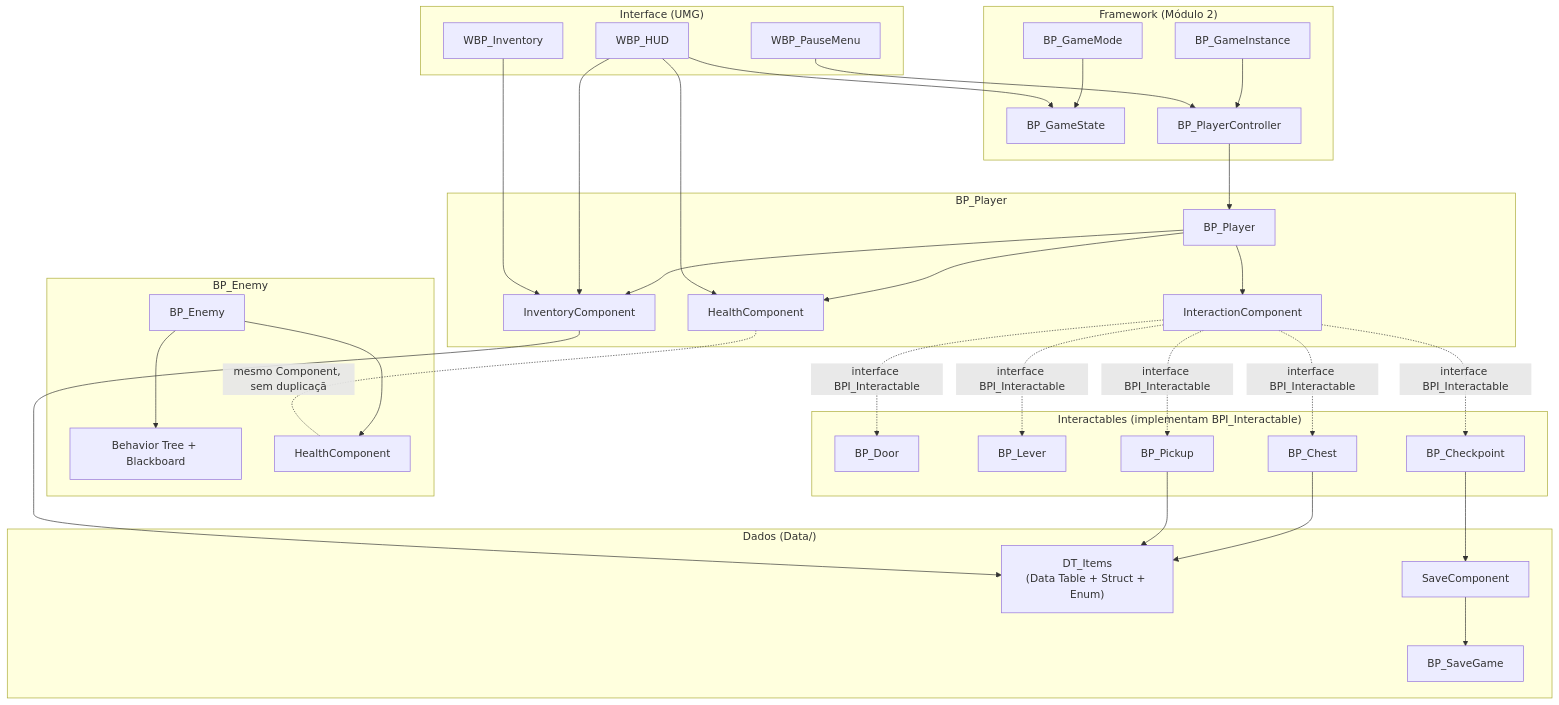
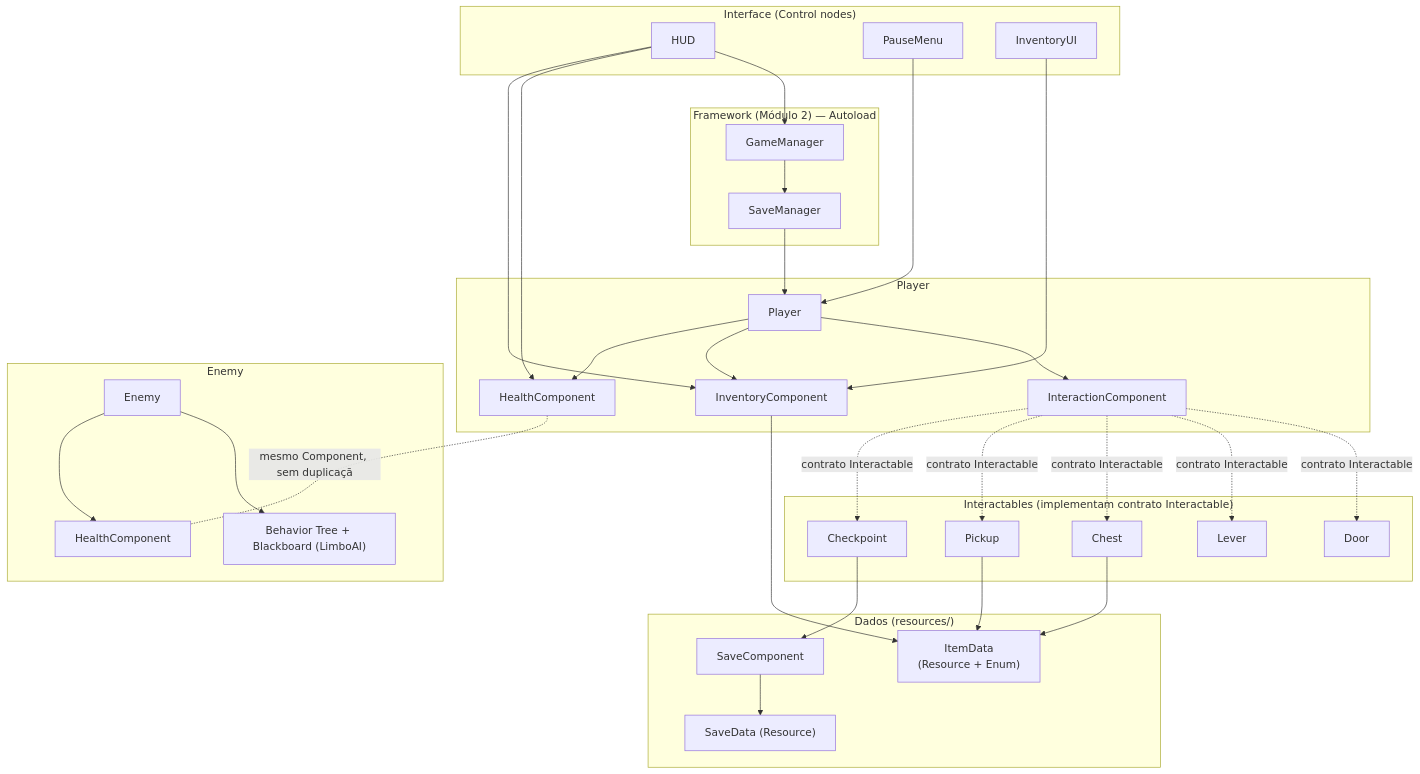
One commit to rsdevigo/tendencias-motores changed the second of 2 diagrams in PROJECT_ARCHITECTURE.md. Above: the diagram before and after it, drawn with Mermaid. The commit also changed other lines of this file and 144 other files, not shown here.

````diff
--- a/PROJECT_ARCHITECTURE.md
+++ b/PROJECT_ARCHITECTURE.md
@@ -362,72 +355,69 @@
 ```mermaid
 flowchart TD
-    subgraph FW["Framework (Módulo 2)"]
-        GM["BP_GameMode"]
-        GS["BP_GameState"]
-        PC["BP_PlayerController"]
-        GI["BP_GameInstance"]
+    subgraph FW["Framework (Módulo 2) — Autoload"]
+        GM["GameManager"]
+        SM["SaveManager"]
     end
 
-    subgraph PL["BP_Player"]
-        Player["BP_Player"]
+    subgraph PL["Player"]
+        Player["Player"]
         IC["InteractionComponent"]
         InvC["InventoryComponent"]
         HC["HealthComponent"]
     end
 
-    subgraph EN["BP_Enemy"]
-        Enemy["BP_Enemy"]
-        BT["Behavior Tree + Blackboard"]
+    subgraph EN["Enemy"]
+        Enemy["Enemy"]
+        BT["Behavior Tree + Blackboard (LimboAI)"]
         HC2["HealthComponent"]
     end
 
-    subgraph INT["Interactables (implementam BPI_Interactable)"]
-        Door["BP_Door"]
-        Lever["BP_Lever"]
-        Chest["BP_Chest"]
-        Pickup["BP_Pickup"]
-        Checkpoint["BP_Checkpoint"]
+    subgraph INT["Interactables (implementam contrato Interactable)"]
+        Door["Door"]
+        Lever["Lever"]
+        Chest["Chest"]
+        Pickup["Pickup"]
+        Checkpoint["Checkpoint"]
     end
 
-    subgraph DATA["Dados (Data/)"]
-        DT["DT_Items\n(Data Table + Struct + Enum)"]
-        Save["BP_SaveGame"]
+    subgraph DATA["Dados (resources/)"]
+        ID["ItemData\n(Resource + Enum)"]
+        Save["SaveData (Resource)"]
         SaveC["SaveComponent"]
     end
 
-    subgraph UI["Interface (UMG)"]
-        HUD["WBP_HUD"]
-        Pause["WBP_PauseMenu"]
-        InvUI["WBP_Inventory"]
+    subgraph UI["Interface (Control nodes)"]
+        HUD["HUD"]
+        Pause["PauseMenu"]
+        InvUI["InventoryUI"]
     end
 
-    PC --> Player
-    GM --> GS
-    GI --> PC
+    GM --> SM
+    SM --> Player
 
     Player --> IC
     Player --> InvC
     Player --> HC
 
-    IC -. interface BPI_Interactable .-> Door
-    IC -. interface BPI_Interactable .-> Lever
-    IC -. interface BPI_Interactable .-> Chest
-    IC -. interface BPI_Interactable .-> Pickup
-    IC -. interface BPI_Interactable .-> Checkpoint
+    IC -. contrato Interactable .-> Door
+    IC -. contrato Interactable .-> Lever
+    IC -. contrato Interactable .-> Chest
+    IC -. contrato Interactable .-> Pickup
+    IC -. contrato Interactable .-> Checkpoint
 
     Checkpoint --> SaveC
     SaveC --> Save
-    Chest --> DT
-    Pickup --> DT
-    InvC --> DT
+    Chest --> ID
+    Pickup --> ID
+    InvC --> ID
 
     Enemy --> BT
     Enemy --> HC2
     HC -.mesmo Component, sem duplicação.- HC2
 
-    HUD --> GS
+    HUD --> GM
     HUD --> HC
     HUD --> InvC
-    Pause --> PC
+    Pause --> Player
     InvUI --> InvC
 ```
````
